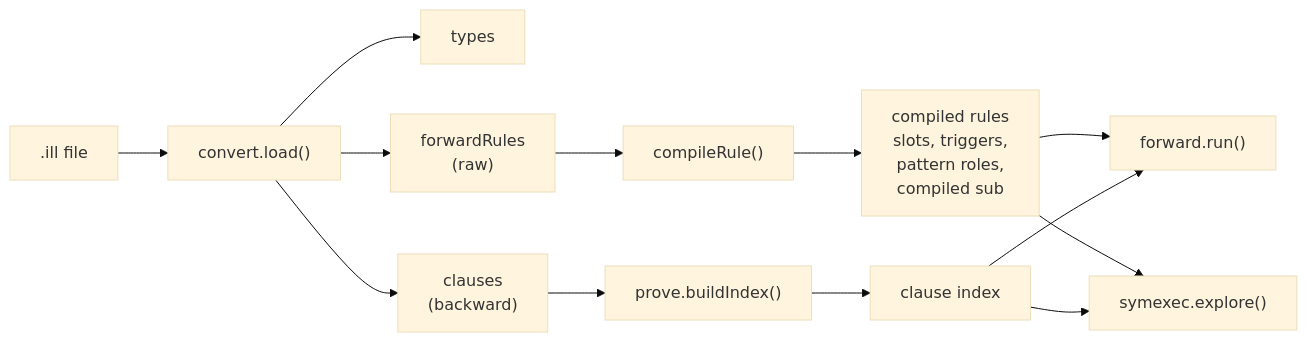
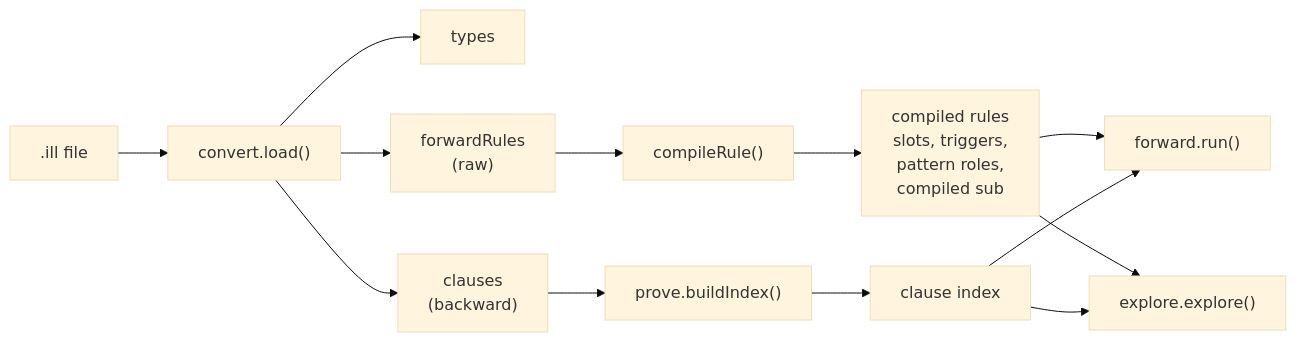
One commit to mhhf/calc changed the second of 7 diagrams in doc/documentation/forward-chaining-engine.md. Above: the diagram before and after it, drawn with Mermaid (base theme). The commit also changed other lines of this file and 10 other files, not shown here.

````diff
--- a/doc/documentation/forward-chaining-engine.md
+++ b/doc/documentation/forward-chaining-engine.md
@@ -95,18 +95,18 @@
 ```mermaid
 flowchart LR
     ILL[".ill file"] --> CONV["convert.load()"]
     CONV --> TYPES["types"]
     CONV --> CLAUSES["clauses<br/>(backward)"]
     CONV --> FWRULES["forwardRules<br/>(raw)"]
 
     FWRULES --> COMP["compileRule()"]
     COMP --> COMPILED["compiled rules<br/>slots, triggers,<br/>pattern roles,<br/>compiled sub"]
 
     CLAUSES --> IDX["prove.buildIndex()"]
     IDX --> CIDX["clause index"]
 
     COMPILED --> RUN["forward.run()"]
-    COMPILED --> EXPLORE["symexec.explore()"]
+    COMPILED --> EXPLORE["explore.explore()"]
     CIDX --> RUN
     CIDX --> EXPLORE
 ```
````
